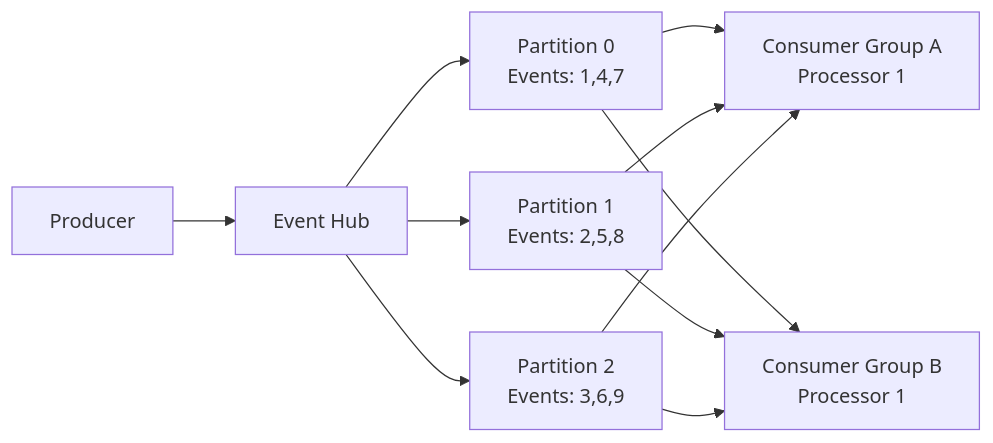
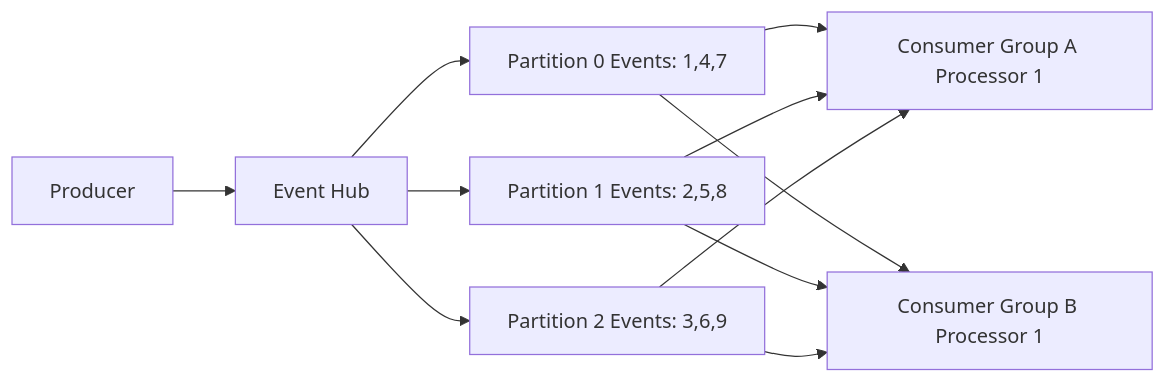
The second of 5 diagrams in Microsoft 365/Azure/Integration und Messaging/Azure Event Hubs.md (SoniiiT/notes-n-docs), drawn with Mermaid before and after one commit. The commit also changed other lines of this file and 124 other files, not shown here.

First line of the commit message:
fix: Entferne \n aus allen Mermaid-Diagrammen (125 Dateien)

````diff
--- a/Microsoft 365/Azure/Integration und Messaging/Azure Event Hubs.md
+++ b/Microsoft 365/Azure/Integration und Messaging/Azure Event Hubs.md
@@ -54,13 +54,13 @@
 ```mermaid
 flowchart LR
     P[Producer] --> EH[Event Hub]
-    EH --> Part0[Partition 0\nEvents: 1,4,7]
-    EH --> Part1[Partition 1\nEvents: 2,5,8]
-    EH --> Part2[Partition 2\nEvents: 3,6,9]
-    Part0 --> CG1[Consumer Group A\nProcessor 1]
+    EH --> Part0[Partition 0 Events: 1,4,7]
+    EH --> Part1[Partition 1 Events: 2,5,8]
+    EH --> Part2[Partition 2 Events: 3,6,9]
+    Part0 --> CG1[Consumer Group A Processor 1]
     Part1 --> CG1
     Part2 --> CG1
-    Part0 --> CG2[Consumer Group B\nProcessor 1]
+    Part0 --> CG2[Consumer Group B Processor 1]
     Part1 --> CG2
     Part2 --> CG2
 ```
````
